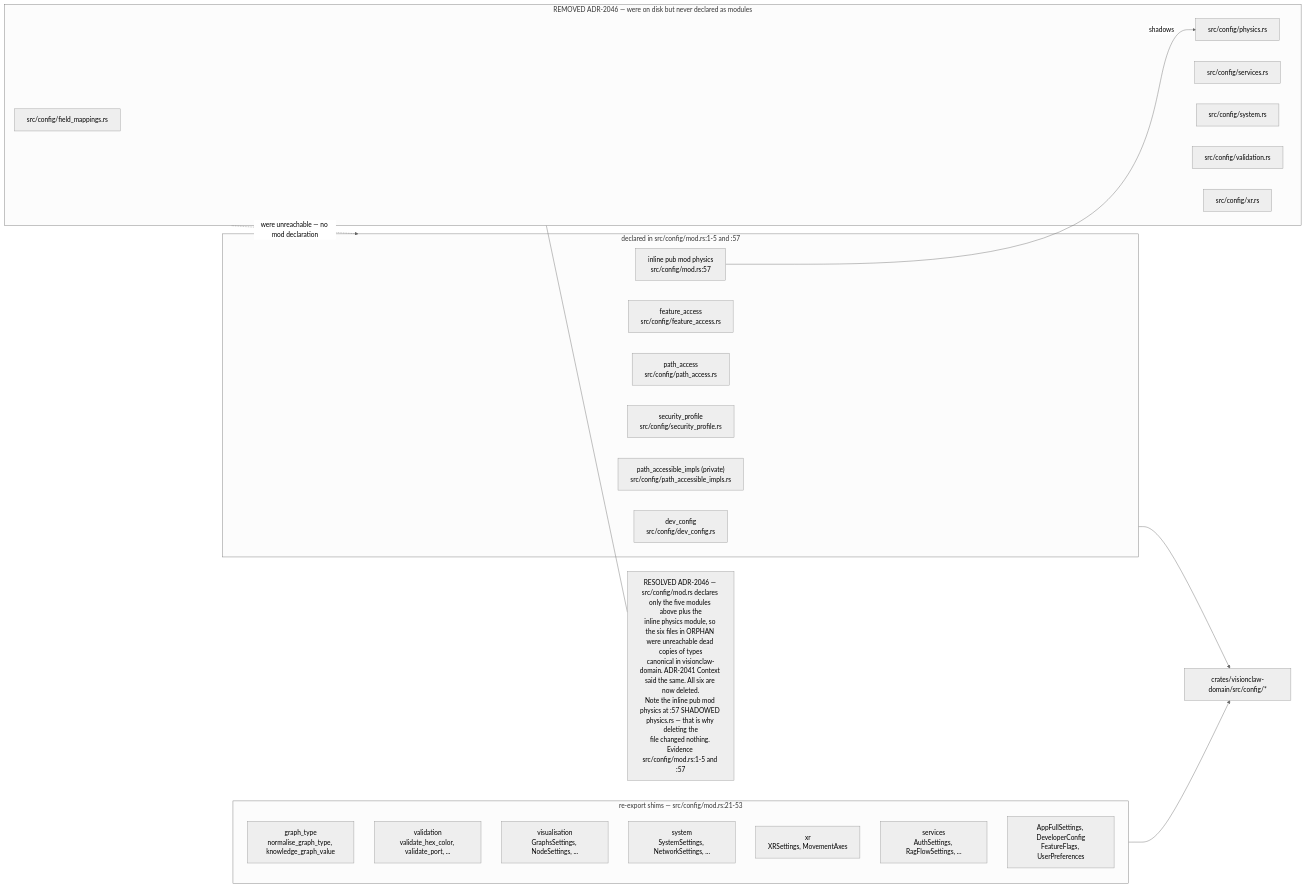
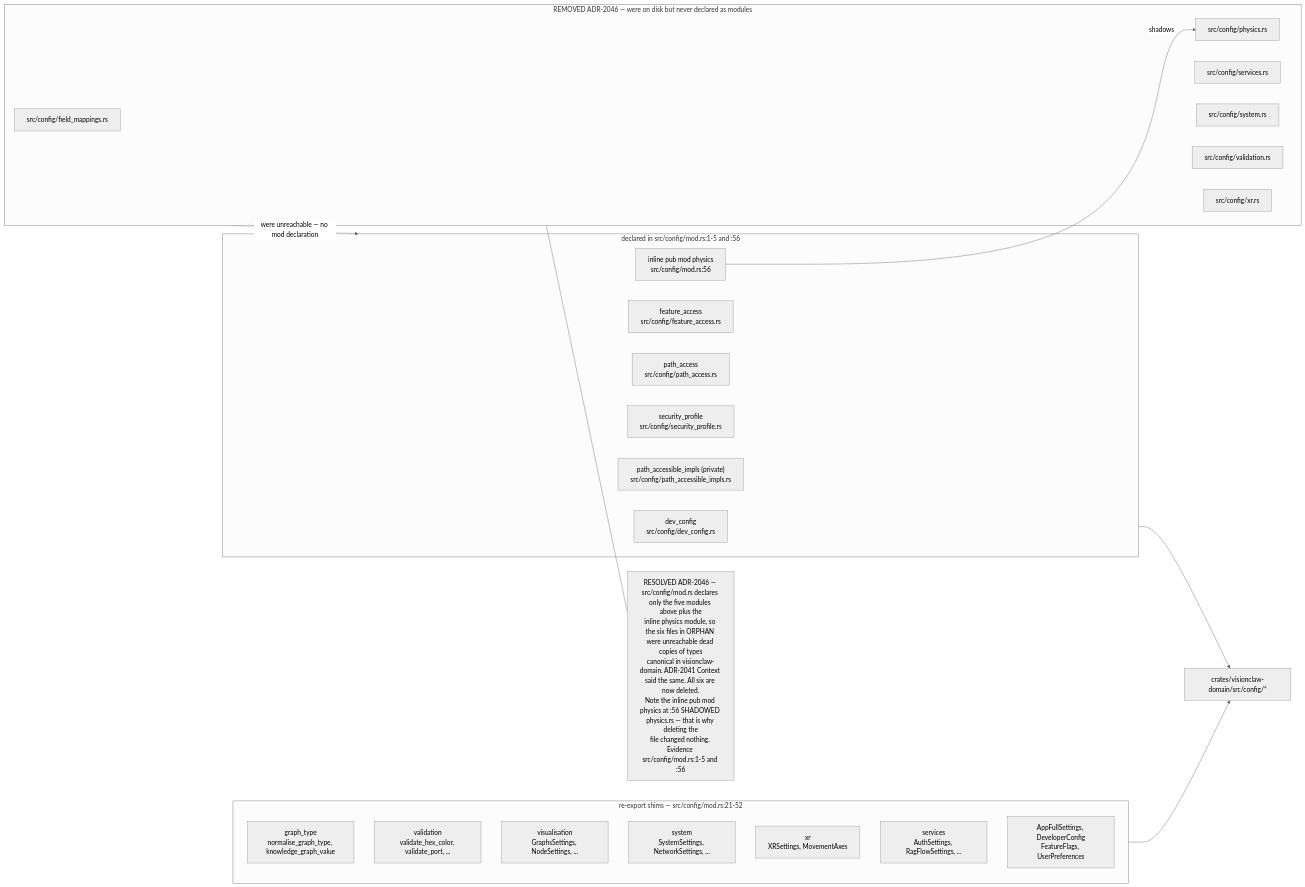
The second of 16 diagrams in docs/diagrams/visionclaw/09-config-and-env-flags.md (DreamLab-AI/VisionFlow), drawn with Mermaid (neutral theme) before and after one commit. The commit also changed other lines of this file and 160 other files, not shown here.

````diff
--- a/docs/diagrams/visionclaw/09-config-and-env-flags.md
+++ b/docs/diagrams/visionclaw/09-config-and-env-flags.md
@@ -117,35 +121,35 @@
 ```mermaid
 flowchart LR
-    subgraph DECL["declared in src/config/mod.rs:1-5 and :57"]
+    subgraph DECL["declared in src/config/mod.rs:1-5 and :56"]
         D1["dev_config<br/>src/config/dev_config.rs"]
         D2["feature_access<br/>src/config/feature_access.rs"]
         D3["path_access<br/>src/config/path_access.rs"]
         D4["security_profile<br/>src/config/security_profile.rs"]
         D5["path_accessible_impls (private)<br/>src/config/path_accessible_impls.rs"]
-        D6["inline pub mod physics<br/>src/config/mod.rs:57"]
+        D6["inline pub mod physics<br/>src/config/mod.rs:56"]
     end
-    subgraph REEXPORT["re-export shims — src/config/mod.rs:21-53"]
+    subgraph REEXPORT["re-export shims — src/config/mod.rs:21-52"]
         R1["graph_type<br/>normalise_graph_type, knowledge_graph_value"]
         R2["validation<br/>validate_hex_color, validate_port, ..."]
         R3["visualisation<br/>GraphsSettings, NodeSettings, ..."]
         R4["system<br/>SystemSettings, NetworkSettings, ..."]
         R5["xr<br/>XRSettings, MovementAxes"]
         R6["services<br/>AuthSettings, RagFlowSettings, ..."]
         R7["AppFullSettings, DeveloperConfig<br/>FeatureFlags, UserPreferences"]
     end
     DOM["crates/visionclaw-domain/src/config/*"]
     subgraph ORPHAN["REMOVED ADR-2046 — were on disk but never declared as modules"]
         O1["src/config/field_mappings.rs"]
         O2["src/config/physics.rs"]
         O3["src/config/services.rs"]
         O4["src/config/system.rs"]
         O5["src/config/validation.rs"]
         O6["src/config/xr.rs"]
     end
     DECL --> DOM
     REEXPORT --> DOM
     D6 -->|"shadows"| O2
     ORPHAN -.->|"were unreachable — no mod declaration"| DECL
-    N1["RESOLVED ADR-2046 — src/config/mod.rs declares only the five modules above plus the<br/>inline physics module, so the six files in ORPHAN were unreachable dead copies of types<br/>canonical in visionclaw-domain. ADR-2041 Context said the same. All six are now deleted.<br/>Note the inline pub mod physics at :57 SHADOWED physics.rs — that is why deleting the<br/>file changed nothing. Evidence src/config/mod.rs:1-5 and :57"]
+    N1["RESOLVED ADR-2046 — src/config/mod.rs declares only the five modules above plus the<br/>inline physics module, so the six files in ORPHAN were unreachable dead copies of types<br/>canonical in visionclaw-domain. ADR-2041 Context said the same. All six are now deleted.<br/>Note the inline pub mod physics at :56 SHADOWED physics.rs — that is why deleting the<br/>file changed nothing. Evidence src/config/mod.rs:1-5 and :56"]
     ORPHAN --- N1
 ```
````
